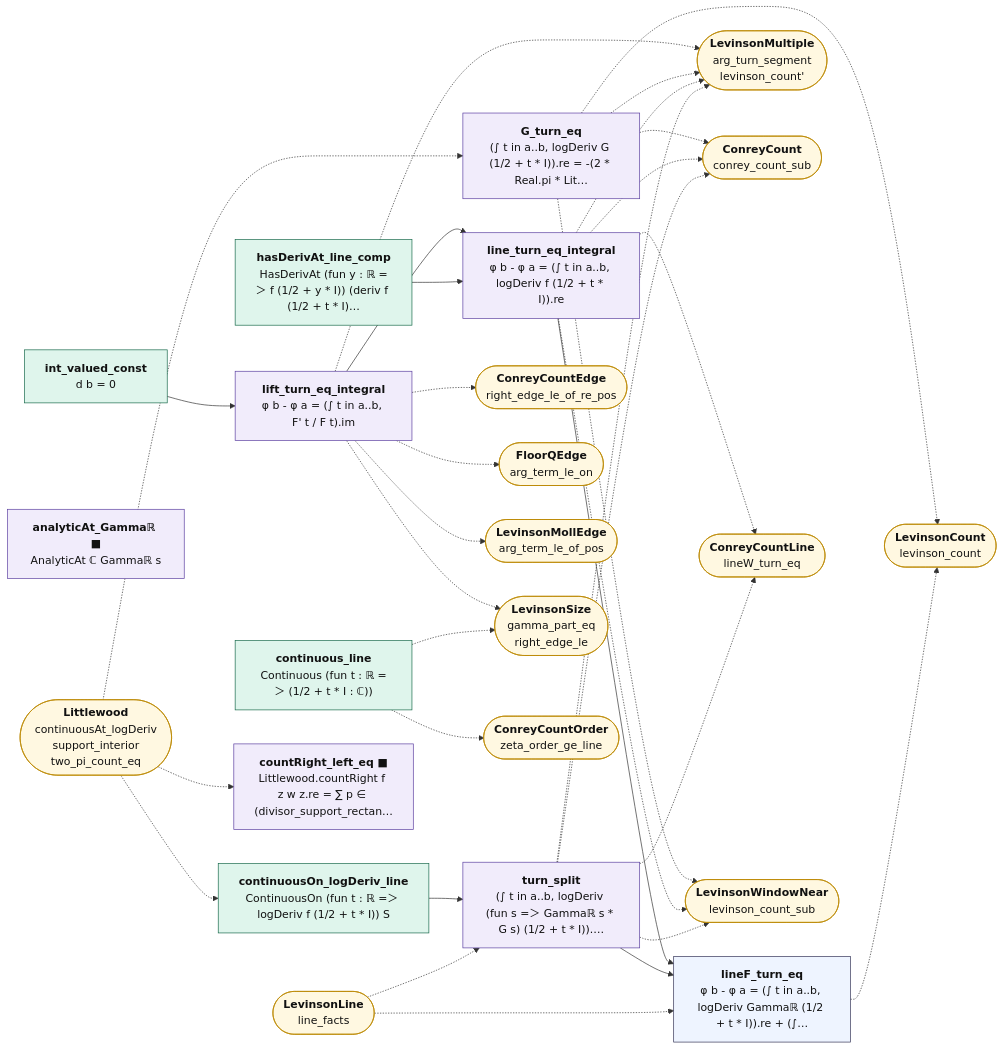
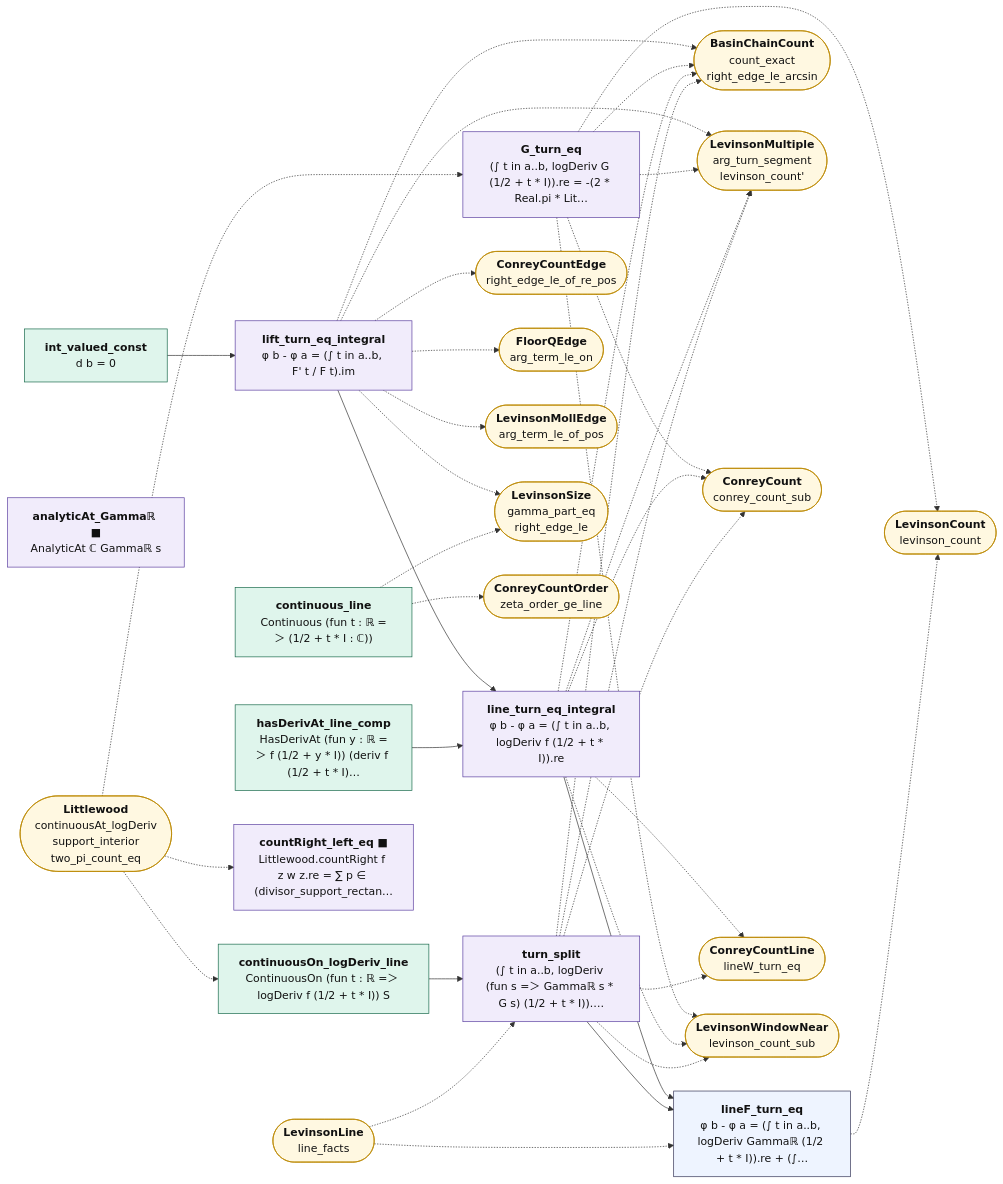
The diagram in map/lean_stage3/LevinsonTurn.md (juliansambranojr/Primebeat_081426), drawn with Mermaid before and after one commit. The commit also changed other lines of this file and 60 other files, not shown here.

````diff
--- a/map/lean_stage3/LevinsonTurn.md
+++ b/map/lean_stage3/LevinsonTurn.md
@@ -14,65 +14,70 @@
 ```mermaid
 flowchart LR
   n0["<b>int_valued_const</b><br/>d b = 0"]:::cnt
   n1["<b>lift_turn_eq_integral</b><br/>φ b - φ a = (∫ t in a..b, F' t / F t).im"]:::shp
   n2["<b>hasDerivAt_line_comp</b><br/>HasDerivAt (fun y : ℝ =＞ f (1/2 + y * I)) (deriv f (1/2 + t * I)…"]:::cnt
   n3["<b>continuous_line</b><br/>Continuous (fun t : ℝ =＞ (1/2 + t * I : ℂ))"]:::cnt
   n4["<b>line_turn_eq_integral</b><br/>φ b - φ a = (∫ t in a..b, logDeriv f (1/2 + t * I)).re"]:::shp
   n5["<b>continuousOn_logDeriv_line</b><br/>ContinuousOn (fun t : ℝ =＞ logDeriv f (1/2 + t * I)) S"]:::cnt
   n6["<b>analyticAt_Gammaℝ ■</b><br/>AnalyticAt ℂ Gammaℝ s"]:::shp
   n7["<b>turn_split</b><br/>(∫ t in a..b, logDeriv (fun s =＞ Gammaℝ s * G s) (1/2 + t * I)).…"]:::shp
   n8["<b>lineF_turn_eq</b><br/>φ b - φ a = (∫ t in a..b, logDeriv Gammaℝ (1/2 + t * I)).re + (∫…"]:::thm
   n9["<b>countRight_left_eq ■</b><br/>Littlewood.countRight f z w z.re = ∑ p ∈ (divisor_support_rectan…"]:::shp
   n10["<b>G_turn_eq</b><br/>(∫ t in a..b, logDeriv G (1/2 + t * I)).re = -(2 * Real.pi * Lit…"]:::shp
-  x0(["<b>ConreyCountEdge</b><br/>right_edge_le_of_re_pos"]):::ext
-  x1(["<b>FloorQEdge</b><br/>arg_term_le_on"]):::ext
-  x2(["<b>LevinsonMollEdge</b><br/>arg_term_le_of_pos"]):::ext
-  x3(["<b>LevinsonMultiple</b><br/>arg_turn_segment<br/>levinson_count'"]):::ext
-  x4(["<b>LevinsonSize</b><br/>gamma_part_eq<br/>right_edge_le"]):::ext
-  x5(["<b>ConreyCountOrder</b><br/>zeta_order_ge_line"]):::ext
-  x6(["<b>ConreyCount</b><br/>conrey_count_sub"]):::ext
-  x7(["<b>ConreyCountLine</b><br/>lineW_turn_eq"]):::ext
-  x8(["<b>LevinsonWindowNear</b><br/>levinson_count_sub"]):::ext
-  x9(["<b>Littlewood</b><br/>continuousAt_logDeriv<br/>support_interior<br/>two_pi_count_eq"]):::ext
-  x10(["<b>LevinsonLine</b><br/>line_facts"]):::ext
-  x11(["<b>LevinsonCount</b><br/>levinson_count"]):::ext
+  x0(["<b>BasinChainCount</b><br/>count_exact<br/>right_edge_le_arcsin"]):::ext
+  x1(["<b>ConreyCountEdge</b><br/>right_edge_le_of_re_pos"]):::ext
+  x2(["<b>FloorQEdge</b><br/>arg_term_le_on"]):::ext
+  x3(["<b>LevinsonMollEdge</b><br/>arg_term_le_of_pos"]):::ext
+  x4(["<b>LevinsonMultiple</b><br/>arg_turn_segment<br/>levinson_count'"]):::ext
+  x5(["<b>LevinsonSize</b><br/>gamma_part_eq<br/>right_edge_le"]):::ext
+  x6(["<b>ConreyCountOrder</b><br/>zeta_order_ge_line"]):::ext
+  x7(["<b>ConreyCount</b><br/>conrey_count_sub"]):::ext
+  x8(["<b>ConreyCountLine</b><br/>lineW_turn_eq"]):::ext
+  x9(["<b>LevinsonWindowNear</b><br/>levinson_count_sub"]):::ext
+  x10(["<b>Littlewood</b><br/>continuousAt_logDeriv<br/>support_interior<br/>two_pi_count_eq"]):::ext
+  x11(["<b>LevinsonLine</b><br/>line_facts"]):::ext
+  x12(["<b>LevinsonCount</b><br/>levinson_count"]):::ext
   n0 --> n1
   n1 --> n4
   n2 --> n4
   n4 --> n8
   n5 --> n7
   n7 --> n8
   n1 -.-> x0
   n1 -.-> x1
   n1 -.-> x2
   n1 -.-> x3
   n1 -.-> x4
-  n10 -.-> x11
-  n10 -.-> x3
-  n10 -.-> x6
-  n10 -.-> x8
-  n3 -.-> x4
+  n1 -.-> x5
+  n10 -.-> x0
+  n10 -.-> x12
+  n10 -.-> x4
+  n10 -.-> x7
+  n10 -.-> x9
   n3 -.-> x5
-  n4 -.-> x3
-  n4 -.-> x6
+  n3 -.-> x6
+  n4 -.-> x0
+  n4 -.-> x4
   n4 -.-> x7
   n4 -.-> x8
-  n7 -.-> x3
-  n7 -.-> x6
+  n4 -.-> x9
+  n7 -.-> x0
+  n7 -.-> x4
   n7 -.-> x7
   n7 -.-> x8
-  n8 -.-> x11
-  x10 -.-> n7
-  x10 -.-> n8
-  x9 -.-> n10
-  x9 -.-> n5
-  x9 -.-> n9
+  n7 -.-> x9
+  n8 -.-> x12
+  x10 -.-> n10
+  x10 -.-> n5
+  x10 -.-> n9
+  x11 -.-> n7
+  x11 -.-> n8
   classDef cnt fill:#dff5ec,stroke:#17694a,color:#111
   classDef shp fill:#f1ecfb,stroke:#5b3fa0,color:#111
   classDef rh fill:#ffe5e5,stroke:#c22,color:#111,stroke-width:2px
   classDef thm fill:#eef4ff,stroke:#335,color:#111
   classDef end_ fill:#e7f7e7,stroke:#2a7,color:#111,stroke-width:2px
   classDef lone fill:#fff,stroke:#999,color:#111,stroke-dasharray:4 3
   classDef bad fill:#ffe5e5,stroke:#c22,color:#111,stroke-width:2px
   classDef ext fill:#fff8e1,stroke:#b80,color:#111
 ```
````
